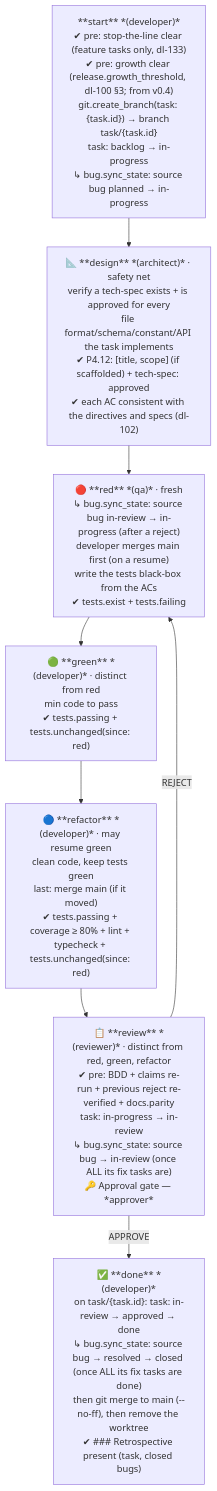
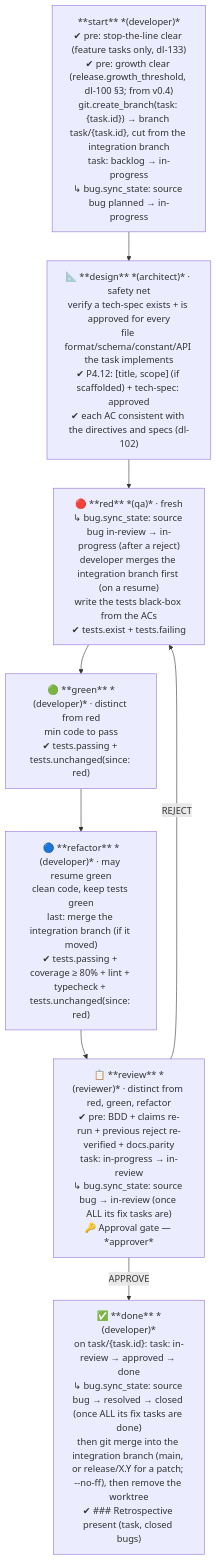
Before and after one commit to wingfoil/wingfoil: the tenth of 29 diagrams in .wingfoil/WORKFLOW.md, drawn with Mermaid. The commit also changed other lines of this file and 7 other files, not shown here.

First line of the commit message:
feat(workflow): task-288 — dev-loop and release-publishing name the release's integration branch, derived by scripts/integration-branch.cjs

````diff
--- a/.wingfoil/WORKFLOW.md
+++ b/.wingfoil/WORKFLOW.md
@@ -284,14 +289,14 @@
 ```mermaid
 flowchart TD
-    ST["**start** *(developer)*\n✔ pre: stop-the-line clear (feature tasks only, dl-133)\n✔ pre: growth clear (release.growth_threshold, dl-100 §3; from v0.4)\ngit.create_branch(task: {task.id}) → branch task/{task.id}\ntask: backlog → in-progress\n↳ bug.sync_state: source bug planned → in-progress"]
+    ST["**start** *(developer)*\n✔ pre: stop-the-line clear (feature tasks only, dl-133)\n✔ pre: growth clear (release.growth_threshold, dl-100 §3; from v0.4)\ngit.create_branch(task: {task.id}) → branch task/{task.id}, cut from the integration branch\ntask: backlog → in-progress\n↳ bug.sync_state: source bug planned → in-progress"]
     DES["📐 **design** *(architect)* · safety net\nverify a tech-spec exists + is approved for every\nfile format/schema/constant/API the task implements\n✔ P4.12: [title, scope] (if scaffolded) + tech-spec: approved\n✔ each AC consistent with the directives and specs (dl-102)"]
-    RED["🔴 **red** *(qa)* · fresh\n↳ bug.sync_state: source bug in-review → in-progress (after a reject)\ndeveloper merges main first (on a resume)\nwrite the tests black-box from the ACs\n✔ tests.exist + tests.failing"]
+    RED["🔴 **red** *(qa)* · fresh\n↳ bug.sync_state: source bug in-review → in-progress (after a reject)\ndeveloper merges the integration branch first (on a resume)\nwrite the tests black-box from the ACs\n✔ tests.exist + tests.failing"]
     GREEN["🟢 **green** *(developer)* · distinct from red\nmin code to pass\n✔ tests.passing + tests.unchanged(since: red)"]
-    REF["🔵 **refactor** *(developer)* · may resume green\nclean code, keep tests green\nlast: merge main (if it moved)\n✔ tests.passing + coverage ≥ 80% + lint + typecheck + tests.unchanged(since: red)"]
+    REF["🔵 **refactor** *(developer)* · may resume green\nclean code, keep tests green\nlast: merge the integration branch (if it moved)\n✔ tests.passing + coverage ≥ 80% + lint + typecheck + tests.unchanged(since: red)"]
     REV["📋 **review** *(reviewer)* · distinct from red, green, refactor\n✔ pre: BDD + claims re-run + previous reject re-verified + docs.parity\ntask: in-progress → in-review\n↳ bug.sync_state: source bug → in-review (once ALL its fix tasks are)\n🔑 Approval gate — *approver*"]
-    DONE["✅ **done** *(developer)*\non task/{task.id}: task: in-review → approved → done\n↳ bug.sync_state: source bug → resolved → closed (once ALL its fix tasks are done)\nthen git merge to main (--no-ff), then remove the worktree\n✔ ### Retrospective present (task, closed bugs)"]
+    DONE["✅ **done** *(developer)*\non task/{task.id}: task: in-review → approved → done\n↳ bug.sync_state: source bug → resolved → closed (once ALL its fix tasks are done)\nthen git merge into the integration branch (main, or release/X.Y for a patch; --no-ff), then remove the worktree\n✔ ### Retrospective present (task, closed bugs)"]
 
     ST --> DES --> RED --> GREEN --> REF --> REV
     REV -->|APPROVE| DONE
     REV -->|REJECT| RED
 ```
````
